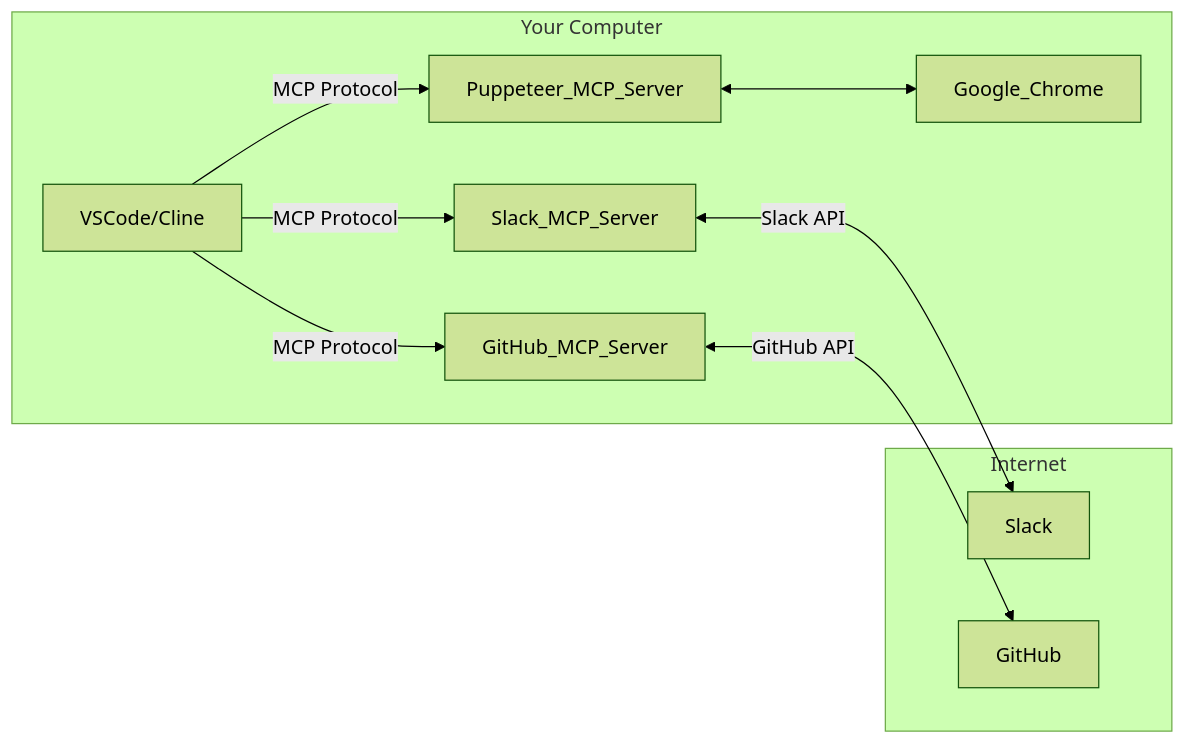
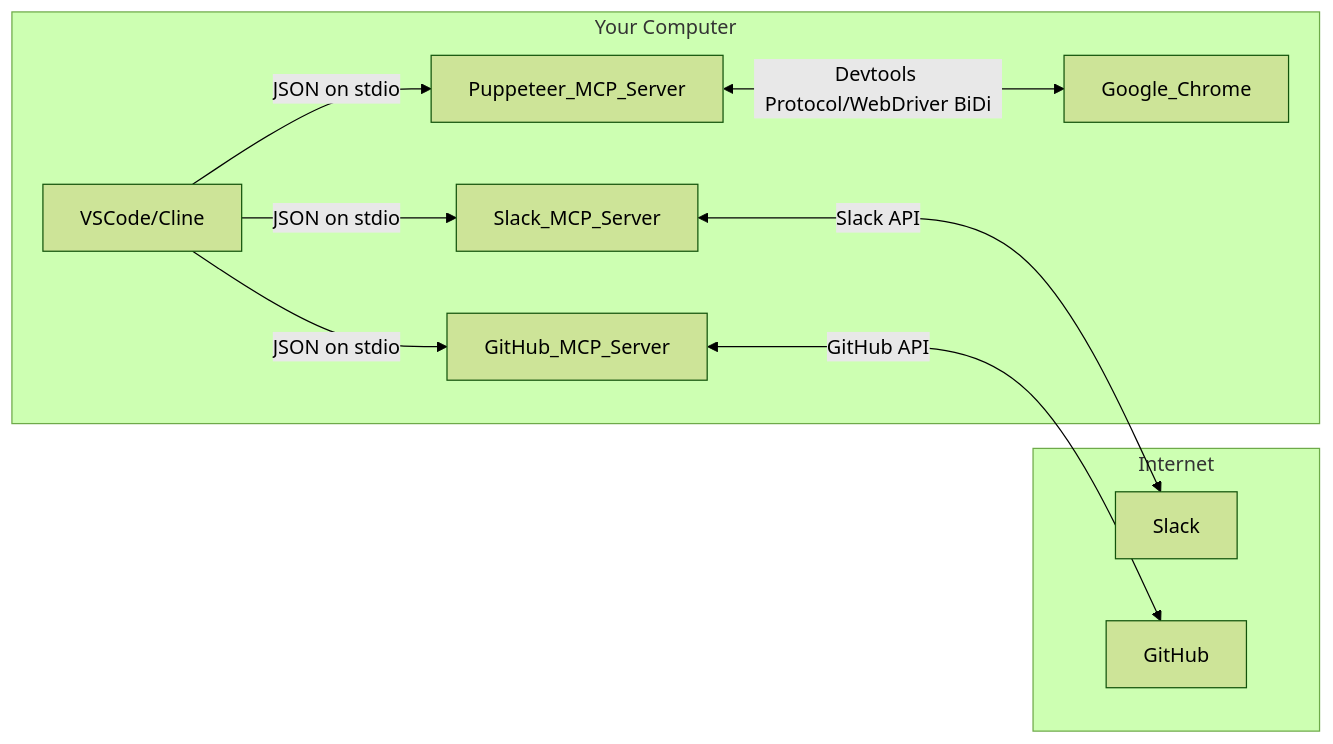
Before and after one commit to mitsuoka0423/notes: the third of 5 diagrams in books/mcp-handson-guide/2.what-is-mcp.md, drawn with Mermaid (forest theme). The commit also changed other lines of this file, not shown here.

````diff
--- a/books/mcp-handson-guide/2.what-is-mcp.md
+++ b/books/mcp-handson-guide/2.what-is-mcp.md
@@ -49,18 +49,18 @@
 ```mermaid
 graph LR
   subgraph Your Computer
     VSCode/Cline
     Slack_MCP_Server
     GitHub_MCP_Server
     Puppeteer_MCP_Server
     Google_Chrome
   end
   subgraph Internet
     Slack
     GitHub
   end
  
-  VSCode/Cline --> |MCP Protocol| Slack_MCP_Server <--> |Slack API| Slack
-  VSCode/Cline --> |MCP Protocol| GitHub_MCP_Server <--> |GitHub API| GitHub
-  VSCode/Cline --> |MCP Protocol| Puppeteer_MCP_Server <--> Google_Chrome
+  VSCode/Cline --> |JSON on stdio| Slack_MCP_Server <--> |Slack API| Slack
+  VSCode/Cline --> |JSON on stdio| GitHub_MCP_Server <--> |GitHub API| GitHub
+  VSCode/Cline --> |JSON on stdio| Puppeteer_MCP_Server <--> |Devtools Protocol/WebDriver BiDi| Google_Chrome
 ```
````
